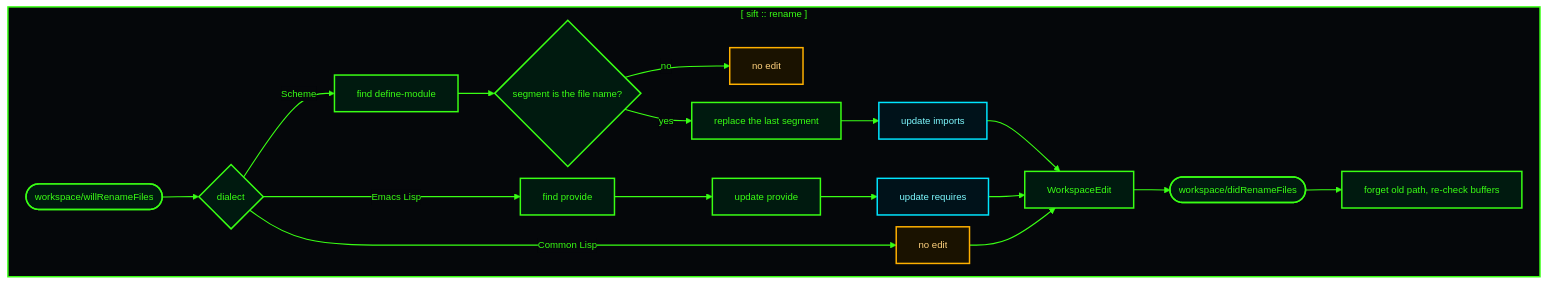
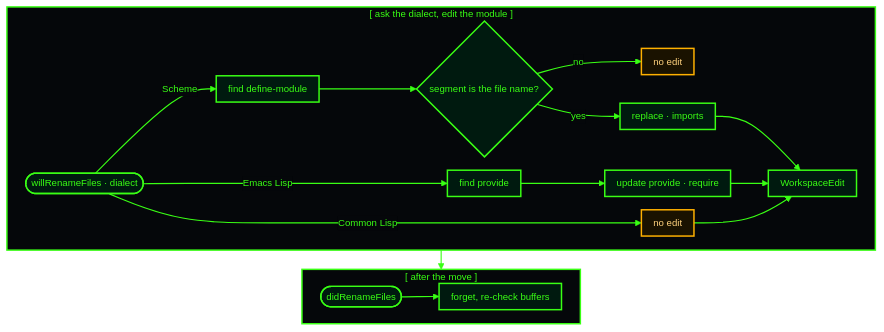
The fifth of 5 diagrams in doc/diagrams.md (jjba23/sift), drawn with Mermaid before and after one commit. The commit also changed other lines of this file and 4 other files, not shown here.

First line of the commit message:
docs(diagrams): lay every diagram out as a row, not a column

````diff
--- a/doc/diagrams.md
+++ b/doc/diagrams.md
@@ -201,46 +212,46 @@
 ```mermaid
-%%{init: {"theme": "base", "themeVariables": {"darkMode": true, "fontFamily": "monospace", "fontSize": "13px", "background": "#05070a", "mainBkg": "#05070a", "primaryColor": "#05070a", "primaryTextColor": "#39ff14", "primaryBorderColor": "#39ff14", "secondaryColor": "#0b0f14", "tertiaryColor": "#0b0f14", "lineColor": "#39ff14", "textColor": "#c9ffd4", "edgeLabelBackground": "#05070a", "clusterBkg": "#0b0f14", "clusterBorder": "#00e5ff"}, "flowchart": {"wrappingWidth": 340, "nodeSpacing": 16, "rankSpacing": 24}}}%%
+%%{init: {"theme": "base", "themeVariables": {"darkMode": true, "fontFamily": "monospace", "fontSize": "13px", "background": "#05070a", "mainBkg": "#05070a", "primaryColor": "#05070a", "primaryTextColor": "#39ff14", "primaryBorderColor": "#39ff14", "secondaryColor": "#0b0f14", "tertiaryColor": "#0b0f14", "lineColor": "#39ff14", "textColor": "#c9ffd4", "edgeLabelBackground": "#05070a", "clusterBkg": "#0b0f14", "clusterBorder": "#00e5ff"}, "flowchart": {"wrappingWidth": 340, "nodeSpacing": 18, "rankSpacing": 26, "padding": 8}}}%%
 flowchart TD
     classDef ttyCore fill:#001a0f,stroke:#39ff14,stroke-width:2px,color:#39ff14
     classDef ttyIndex fill:#00121a,stroke:#00e5ff,stroke-width:2px,color:#7df9ff
     classDef ttyWarn fill:#1a1200,stroke:#ffb000,stroke-width:2px,color:#ffd27d
 
-    subgraph canvas ["[ sift :: rename ]"]
-        A(["workspace/willRenameFiles"])
-        B{"dialect"}
+    subgraph move ["[ ask the dialect, edit the module ]"]
+        direction LR
+        A(["willRenameFiles · dialect"])
         C["find define-module"]
         D{"segment is the file name?"}
         E["no edit"]
-        F["replace the last segment"]
-        G["update imports"]
+        F["replace · imports"]
         H["find provide"]
-        I["update provide"]
-        J["update requires"]
+        I["update provide · require"]
         K["no edit"]
         L["WorkspaceEdit"]
-        M(["workspace/didRenameFiles"])
-        N["forget old path, re-check buffers"]
 
-        A --> B
-        B -->|Scheme| C
+        A -->|Scheme| C
         C --> D
         D -->|no| E
         D -->|yes| F
-        F --> G
-        B -->|Emacs Lisp| H
+        F --> L
+        A -->|Emacs Lisp| H
         H --> I
-        I --> J
-        B -->|Common Lisp| K
-        G --> L
-        J --> L
+        I --> L
+        A -->|Common Lisp| K
         K --> L
-        L --> M
+    end
+
+    subgraph after ["[ after the move ]"]
+        direction LR
+        M(["didRenameFiles"])
+        N["forget, re-check buffers"]
         M --> N
     end
 
-    class A,B,C,D,F,H,I,L,M,N ttyCore
-    class G,J ttyIndex
+    move --> after
+
+    class A,C,D,F,H,I,L,M,N ttyCore
     class E,K ttyWarn
-    style canvas fill:#05070a,stroke:#39ff14,stroke-width:2px,color:#39ff14
+    style move fill:#05070a,stroke:#39ff14,stroke-width:2px,color:#39ff14
+    style after fill:#05070a,stroke:#39ff14,stroke-width:2px,color:#39ff14
     linkStyle default stroke:#39ff14,stroke-width:1.5px
 ```
````
